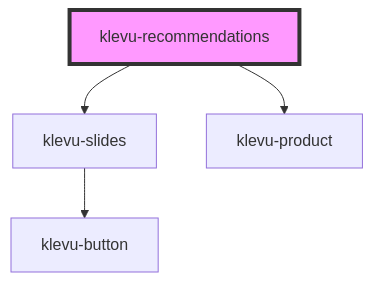
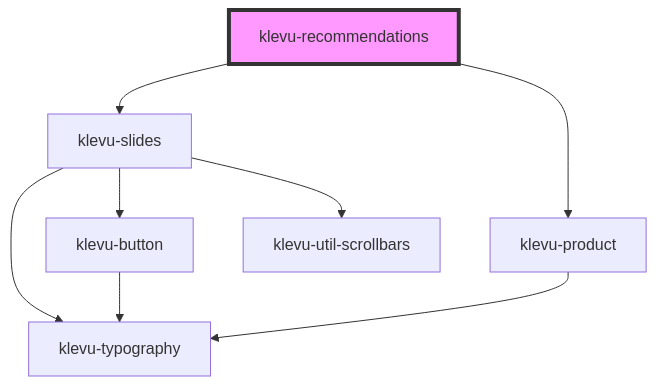
Before and after one commit to klevultd/frontend-sdk: the diagram in packages/klevu-ui/src/components/klevu-recommendations/readme.md, drawn with Mermaid. The commit also changed other lines of this file and 199 other files, not shown here.

````diff
--- a/packages/klevu-ui/src/components/klevu-recommendations/readme.md
+++ b/packages/klevu-ui/src/components/klevu-recommendations/readme.md
@@ -27,7 +31,11 @@
 ```mermaid
 graph TD;
   klevu-recommendations --> klevu-slides
   klevu-recommendations --> klevu-product
+  klevu-slides --> klevu-typography
   klevu-slides --> klevu-button
+  klevu-slides --> klevu-util-scrollbars
+  klevu-button --> klevu-typography
+  klevu-product --> klevu-typography
   style klevu-recommendations fill:#f9f,stroke:#333,stroke-width:4px
 ```
````
